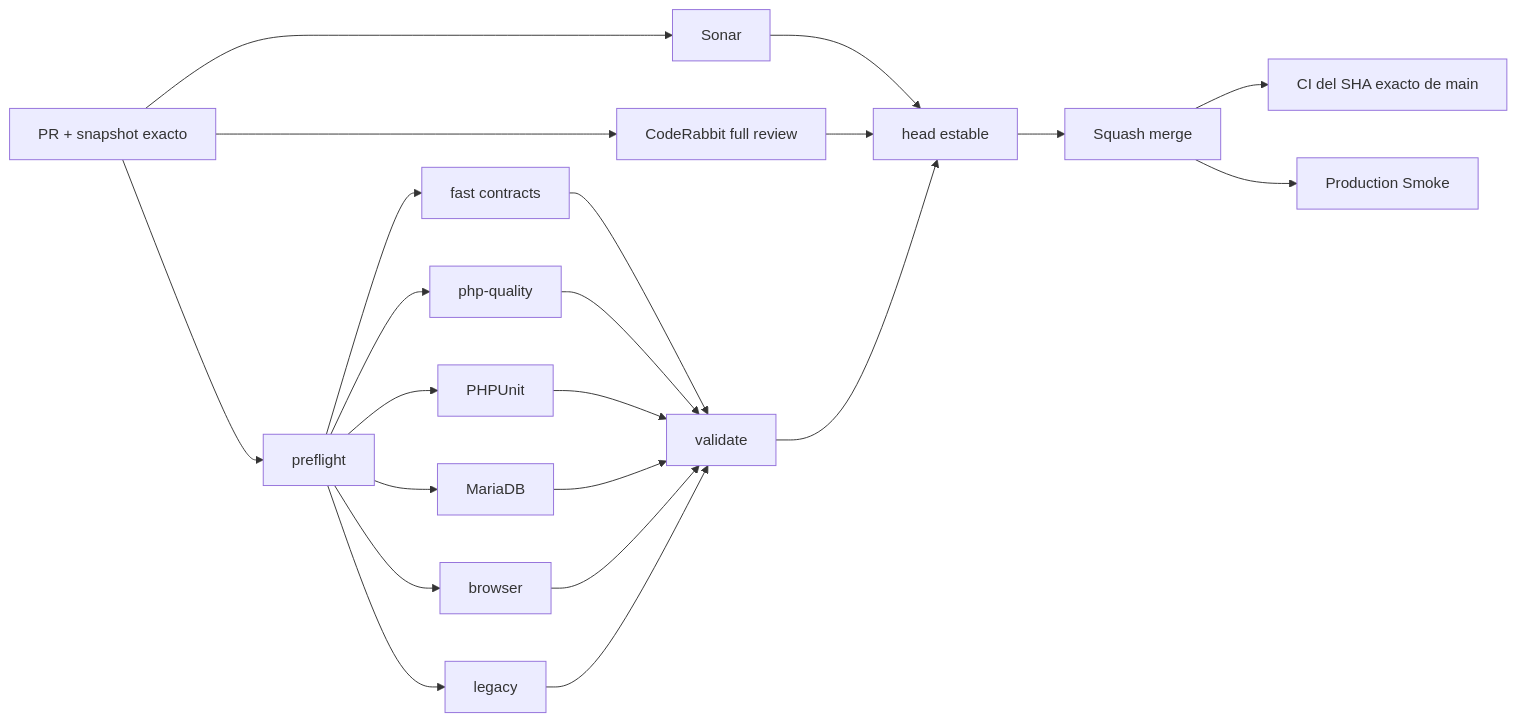
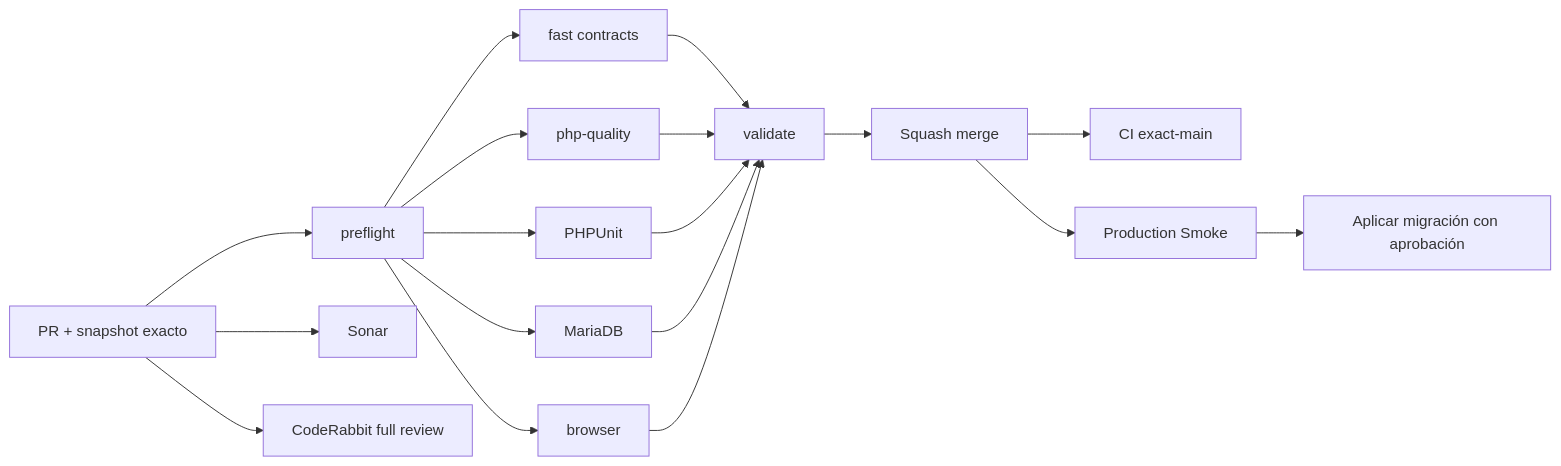
Before and after one commit to drpipe1098-commits/GrindFlow: the diagram in README.md, drawn with Mermaid. The commit also changed other lines of this file and 14 other files, not shown here.

````diff
--- a/README.md
+++ b/README.md
@@ -46,24 +46,20 @@
 ```mermaid
 flowchart LR
     A["PR + snapshot exacto"] --> P["preflight"]
     P --> F["fast contracts"]
     P --> Q["php-quality"]
     P --> T["PHPUnit"]
     P --> D["MariaDB"]
     P --> B["browser"]
-    P --> L["legacy"]
     A --> S["Sonar"]
     A --> C["CodeRabbit full review"]
     F --> V["validate"]
     Q --> V
     T --> V
     D --> V
     B --> V
-    L --> V
-    S --> H["head estable"]
-    C --> H
-    V --> H
-    H --> M["Squash merge"]
-    M --> X["CI del SHA exacto de main"]
+    V --> M["Squash merge"]
+    M --> X["CI exact-main"]
     M --> R["Production Smoke"]
+    R --> G["Aplicar migración con aprobación"]
 ```
````
